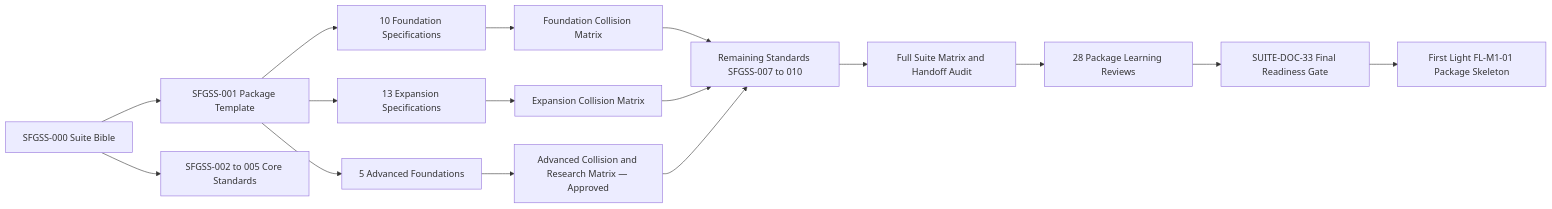
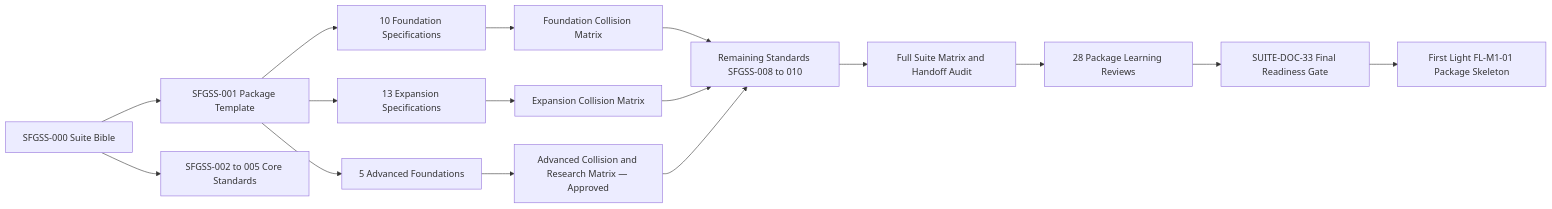
The first of 3 diagrams in Plan Documentation/Suite_Graph_Roadmap.md (echodevgames/The-Sperk-Forge), drawn with Mermaid before and after one commit. The commit also changed other lines of this file and 11 other files, not shown here.

````diff
--- a/Plan Documentation/Suite_Graph_Roadmap.md
+++ b/Plan Documentation/Suite_Graph_Roadmap.md
@@ -30,18 +30,18 @@
 ```mermaid
 flowchart LR
     A[SFGSS-000 Suite Bible] --> B[SFGSS-001 Package Template]
     A --> C[SFGSS-002 to 005 Core Standards]
     B --> D[10 Foundation Specifications]
     B --> E[13 Expansion Specifications]
     B --> F[5 Advanced Foundations]
     D --> G[Foundation Collision Matrix]
     E --> H[Expansion Collision Matrix]
     F --> I[Advanced Collision and Research Matrix — Approved]
-    G --> J[Remaining Standards SFGSS-007 to 010]
+    G --> J[Remaining Standards SFGSS-008 to 010]
     H --> J
     I --> J
     J --> K[Full Suite Matrix and Handoff Audit]
     K --> L[28 Package Learning Reviews]
     L --> M[SUITE-DOC-33 Final Readiness Gate]
     M --> N[First Light FL-M1-01 Package Skeleton]
 ```
````
